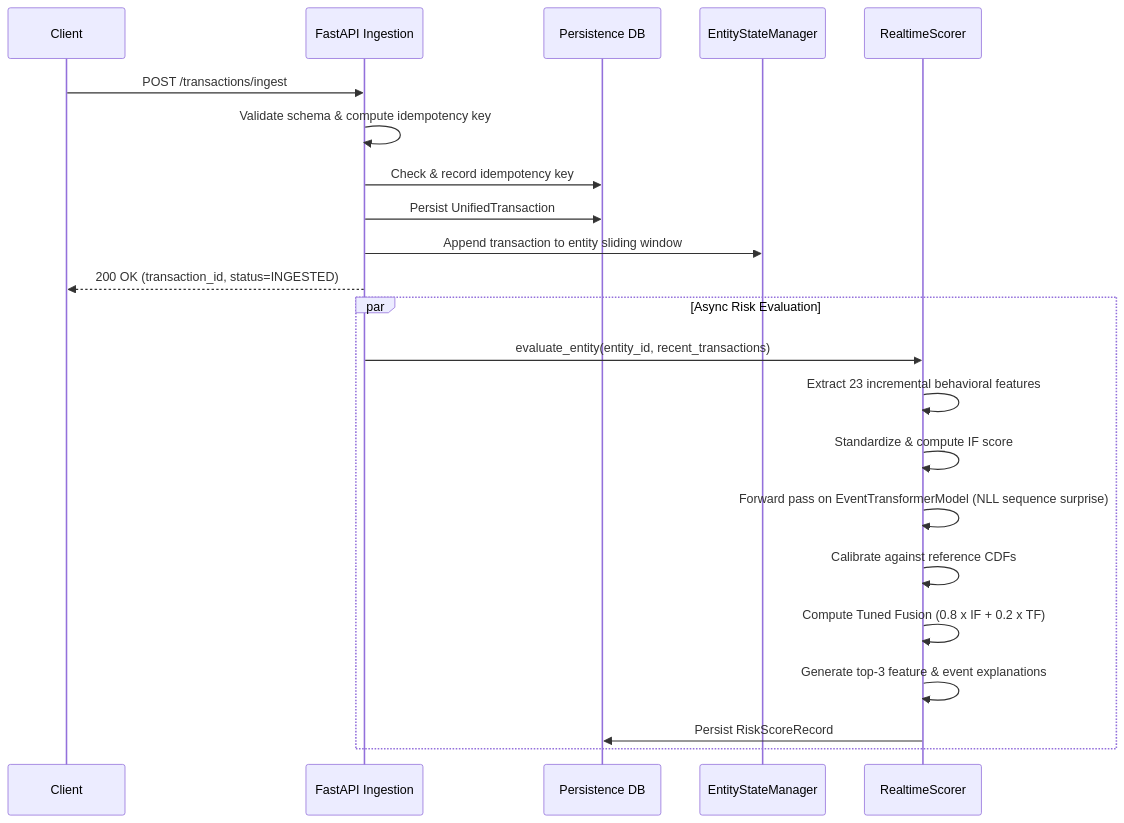
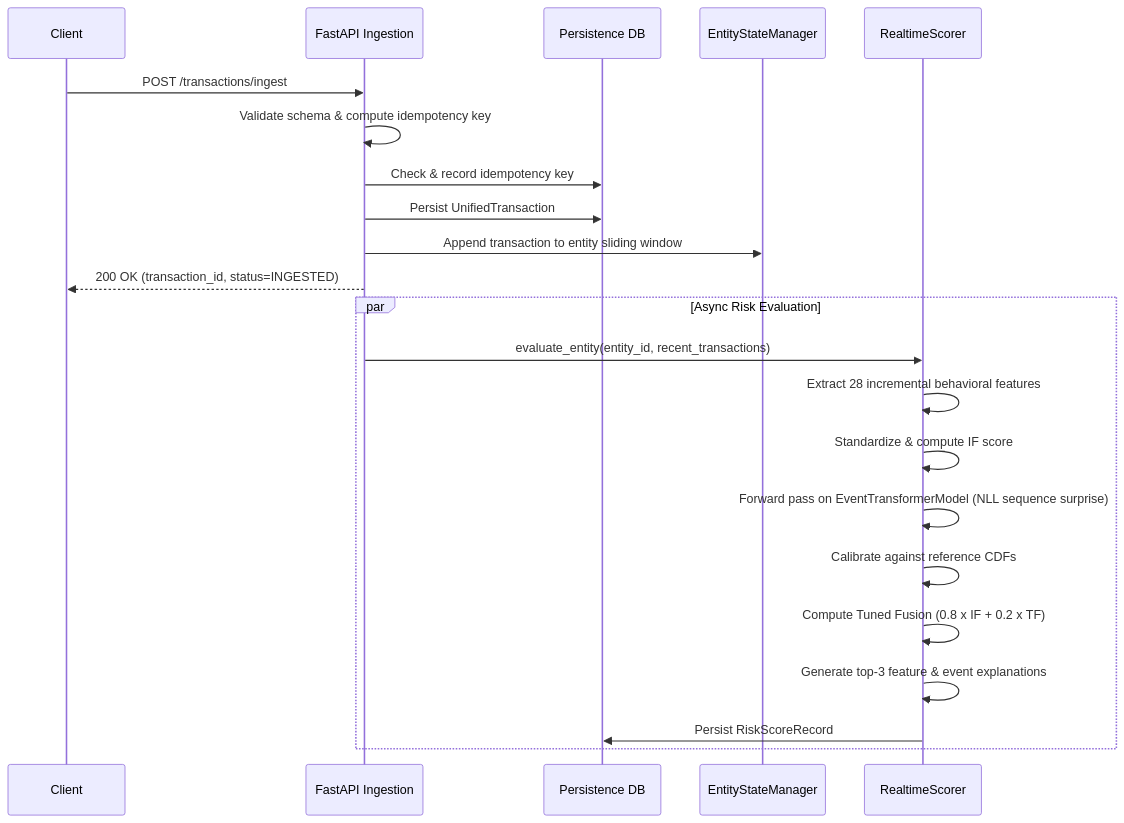
One commit to AllRock666/DeCrypt changed the second of 3 diagrams in ARCHITECTURE.md. Above: the diagram before and after it, drawn with Mermaid. The commit also changed other lines of this file and 2 other files, not shown here.

````diff
--- a/ARCHITECTURE.md
+++ b/ARCHITECTURE.md
@@ -150,26 +150,26 @@
 ```mermaid
 sequenceDiagram
     participant Client
     participant API as FastAPI Ingestion
     participant DB as Persistence DB
     participant SM as EntityStateManager
     participant ML as RealtimeScorer
     
     Client->>API: POST /transactions/ingest
     API->>API: Validate schema & compute idempotency key
     API->>DB: Check & record idempotency key
     API->>DB: Persist UnifiedTransaction
     API->>SM: Append transaction to entity sliding window
     API-->>Client: 200 OK (transaction_id, status=INGESTED)
     
     par Async Risk Evaluation
         API->>ML: evaluate_entity(entity_id, recent_transactions)
-        ML->>ML: Extract 23 incremental behavioral features
+        ML->>ML: Extract 28 incremental behavioral features
         ML->>ML: Standardize & compute IF score
         ML->>ML: Forward pass on EventTransformerModel (NLL sequence surprise)
         ML->>ML: Calibrate against reference CDFs
         ML->>ML: Compute Tuned Fusion (0.8 x IF + 0.2 x TF)
         ML->>ML: Generate top-3 feature & event explanations
         ML->>DB: Persist RiskScoreRecord
     end
 ```
````
